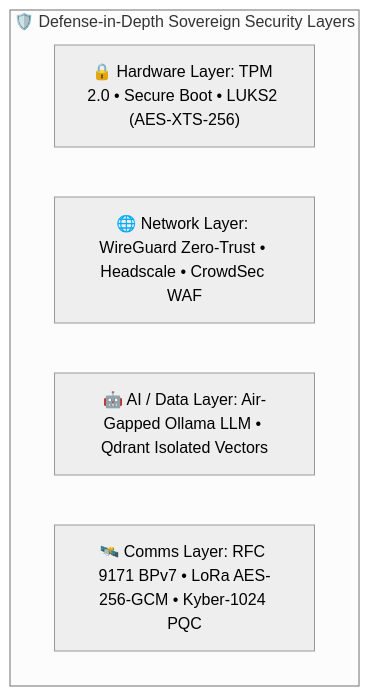
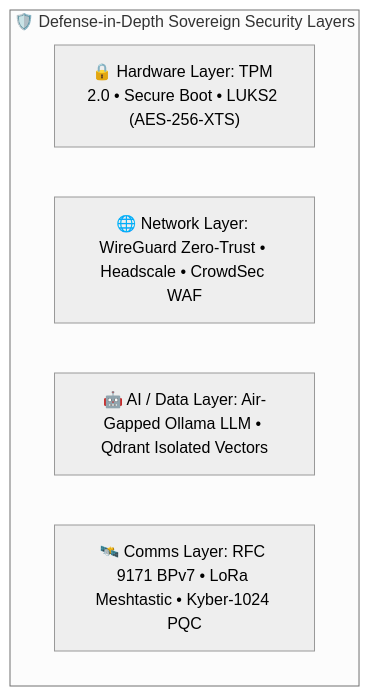
The first of 4 diagrams in COMPLIANCE.md (iliachry/sovereign-mini-datacenter), drawn with Mermaid (neutral theme) before and after one commit. The commit also changed other lines of this file and 174 other files, not shown here.

````diff
--- a/COMPLIANCE.md
+++ b/COMPLIANCE.md
@@ -15,9 +15,9 @@
 ```mermaid
 flowchart TD
     subgraph Layers["🛡️ Defense-in-Depth Sovereign Security Layers"]
-        L1["🔒 Hardware Layer: TPM 2.0 • Secure Boot • LUKS2 (AES-XTS-256)"]
+        L1["🔒 Hardware Layer: TPM 2.0 • Secure Boot • LUKS2 (AES-256-XTS)"]
         L2["🌐 Network Layer: WireGuard Zero-Trust • Headscale • CrowdSec WAF"]
         L3["🤖 AI / Data Layer: Air-Gapped Ollama LLM • Qdrant Isolated Vectors"]
-        L4["🛰️ Comms Layer: RFC 9171 BPv7 • LoRa AES-256-GCM • Kyber-1024 PQC"]
+        L4["🛰️ Comms Layer: RFC 9171 BPv7 • LoRa Meshtastic • Kyber-1024 PQC"]
     end
 ```
````
